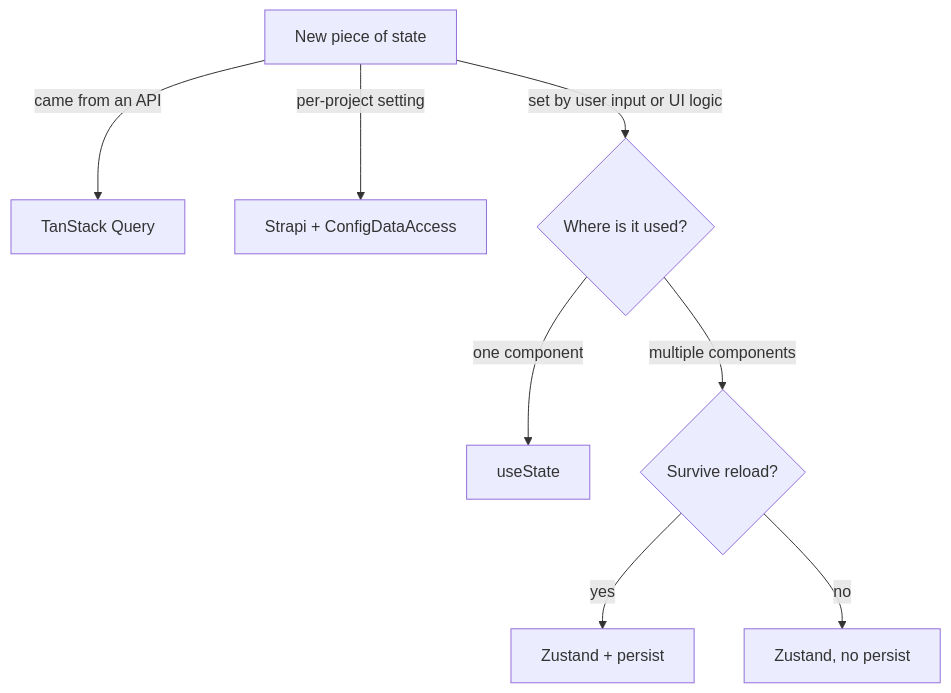
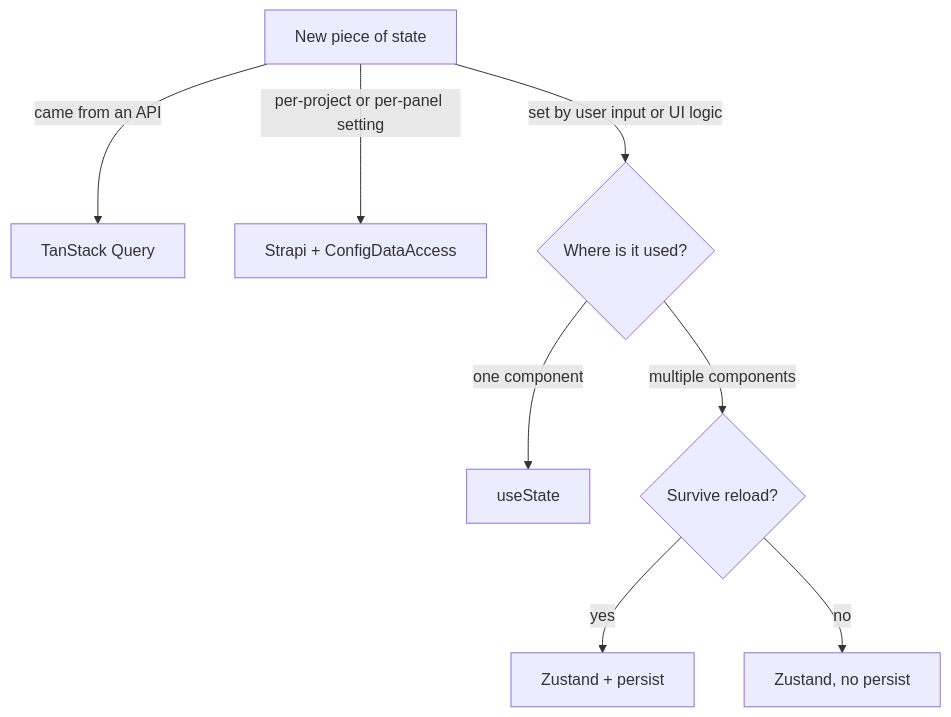
Before and after one commit to webteamuxco/dashboard-monitor: the second of 2 diagrams in apps/docs-site/docs/state-management.md, drawn with Mermaid. The commit also changed other lines of this file and 27 other files, not shown here.

````diff
--- a/apps/docs-site/docs/state-management.md
+++ b/apps/docs-site/docs/state-management.md
@@ -196,11 +270,11 @@
 ```mermaid
 flowchart TD
     Q[New piece of state]
     Q -->|came from an API| TQ[TanStack Query]
-    Q -->|per-project setting| Strapi[Strapi + ConfigDataAccess]
+    Q -->|per-project or per-panel setting| Strapi[Strapi + ConfigDataAccess]
     Q -->|set by user input or UI logic| UI{Where is it used?}
     UI -->|one component| Local[useState]
     UI -->|multiple components| Persist{Survive reload?}
     Persist -->|yes| Zus[Zustand + persist]
     Persist -->|no| ZusE[Zustand, no persist]
 ```
````
